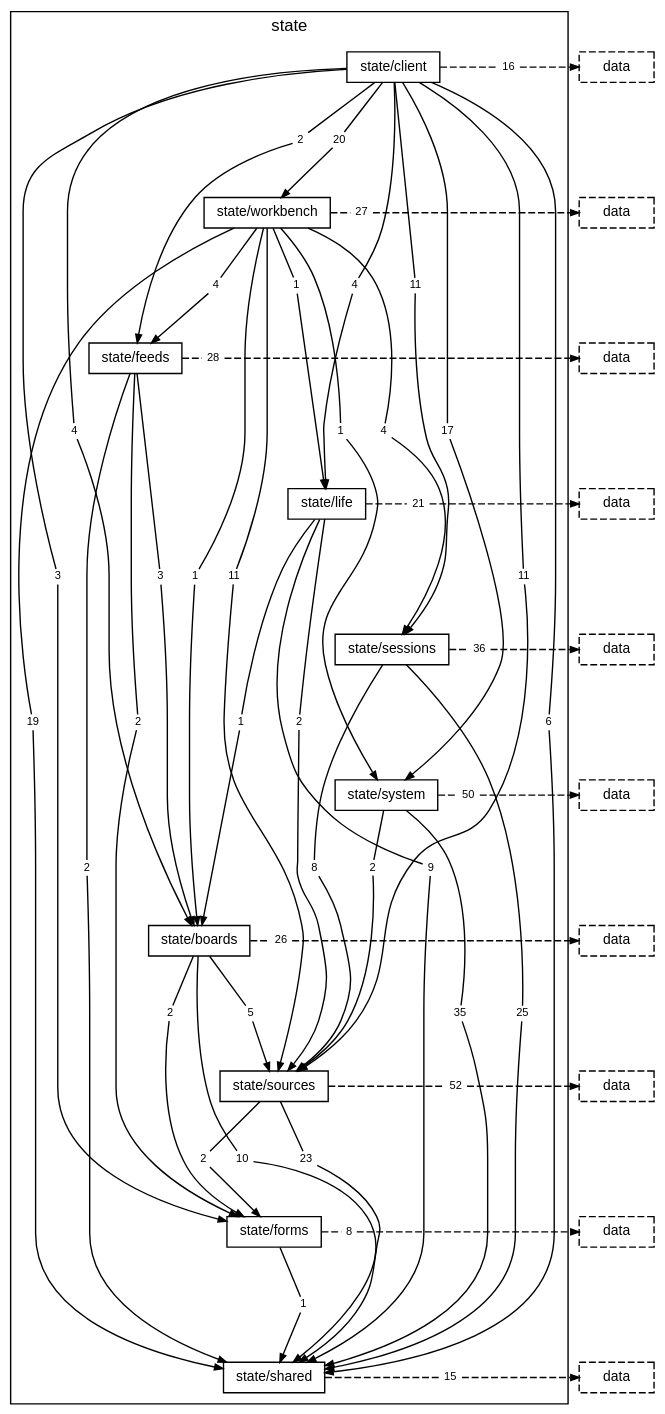
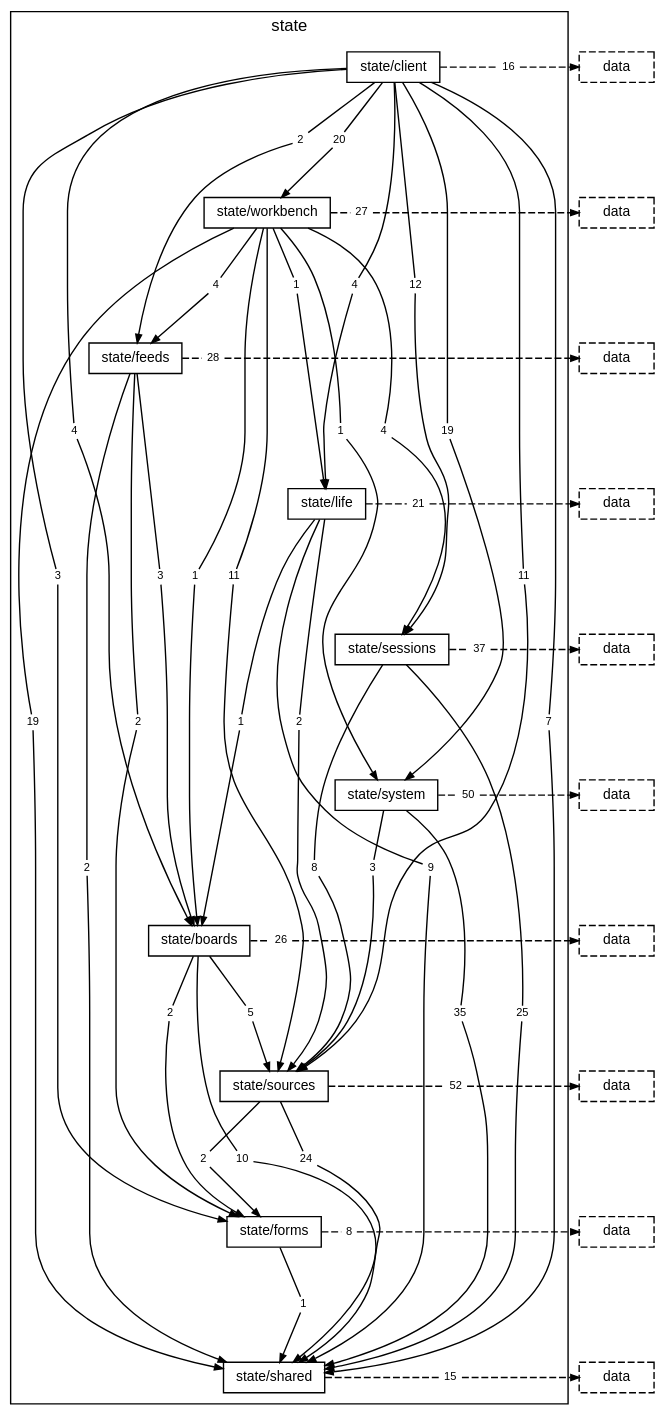
Before and after one commit to TheAxeC/oculus: the diagram in docs/diagrams/layer-state.dot, drawn with Graphviz. The commit also changed 118 other files, not shown here.

```diff
--- a/docs/diagrams/layer-state.dot
+++ b/docs/diagrams/layer-state.dot
@@ -18,10 +18,10 @@
         "folder state/client to folder state/feeds" [label="2", shape=box, color="transparent", fontsize=8, width=0, height=0, margin="0.04,0.02"];
         "folder state/client to folder state/forms" [label="3", shape=box, color="transparent", fontsize=8, width=0, height=0, margin="0.04,0.02"];
         "folder state/client to folder state/life" [label="4", shape=box, color="transparent", fontsize=8, width=0, height=0, margin="0.04,0.02"];
-        "folder state/client to folder state/sessions" [label="11", shape=box, color="transparent", fontsize=8, width=0, height=0, margin="0.04,0.02"];
-        "folder state/client to folder state/shared" [label="6", shape=box, color="transparent", fontsize=8, width=0, height=0, margin="0.04,0.02"];
+        "folder state/client to folder state/sessions" [label="12", shape=box, color="transparent", fontsize=8, width=0, height=0, margin="0.04,0.02"];
+        "folder state/client to folder state/shared" [label="7", shape=box, color="transparent", fontsize=8, width=0, height=0, margin="0.04,0.02"];
         "folder state/client to folder state/sources" [label="11", shape=box, color="transparent", fontsize=8, width=0, height=0, margin="0.04,0.02"];
-        "folder state/client to folder state/system" [label="17", shape=box, color="transparent", fontsize=8, width=0, height=0, margin="0.04,0.02"];
+        "folder state/client to folder state/system" [label="19", shape=box, color="transparent", fontsize=8, width=0, height=0, margin="0.04,0.02"];
         "folder state/client to folder state/workbench" [label="20", shape=box, color="transparent", fontsize=8, width=0, height=0, margin="0.04,0.02"];
         "folder state/client to layer data" [label="16", shape=box, color="transparent", fontsize=8, width=0, height=0, margin="0.04,0.02"];
         "folder state/workbench to folder state/boards" [label="1", shape=box, color="transparent", fontsize=8, width=0, height=0, margin="0.04,0.02"];
@@ -42,16 +42,16 @@
         "folder state/life to layer data" [label="21", shape=box, color="transparent", fontsize=8, width=0, height=0, margin="0.04,0.02"];
         "folder state/sessions to folder state/shared" [label="25", shape=box, color="transparent", fontsize=8, width=0, height=0, margin="0.04,0.02"];
         "folder state/sessions to folder state/sources" [label="8", shape=box, color="transparent", fontsize=8, width=0, height=0, margin="0.04,0.02"];
-        "folder state/sessions to layer data" [label="36", shape=box, color="transparent", fontsize=8, width=0, height=0, margin="0.04,0.02"];
+        "folder state/sessions to layer data" [label="37", shape=box, color="transparent", fontsize=8, width=0, height=0, margin="0.04,0.02"];
         "folder state/system to folder state/shared" [label="35", shape=box, color="transparent", fontsize=8, width=0, height=0, margin="0.04,0.02"];
-        "folder state/system to folder state/sources" [label="2", shape=box, color="transparent", fontsize=8, width=0, height=0, margin="0.04,0.02"];
+        "folder state/system to folder state/sources" [label="3", shape=box, color="transparent", fontsize=8, width=0, height=0, margin="0.04,0.02"];
         "folder state/system to layer data" [label="50", shape=box, color="transparent", fontsize=8, width=0, height=0, margin="0.04,0.02"];
         "folder state/boards to folder state/forms" [label="2", shape=box, color="transparent", fontsize=8, width=0, height=0, margin="0.04,0.02"];
         "folder state/boards to folder state/shared" [label="10", shape=box, color="transparent", fontsize=8, width=0, height=0, margin="0.04,0.02"];
         "folder state/boards to folder state/sources" [label="5", shape=box, color="transparent", fontsize=8, width=0, height=0, margin="0.04,0.02"];
         "folder state/boards to layer data" [label="26", shape=box, color="transparent", fontsize=8, width=0, height=0, margin="0.04,0.02"];
         "folder state/sources to folder state/forms" [label="2", shape=box, color="transparent", fontsize=8, width=0, height=0, margin="0.04,0.02"];
-        "folder state/sources to folder state/shared" [label="23", shape=box, color="transparent", fontsize=8, width=0, height=0, margin="0.04,0.02"];
+        "folder state/sources to folder state/shared" [label="24", shape=box, color="transparent", fontsize=8, width=0, height=0, margin="0.04,0.02"];
         "folder state/sources to layer data" [label="52", shape=box, color="transparent", fontsize=8, width=0, height=0, margin="0.04,0.02"];
         "folder state/forms to folder state/shared" [label="1", shape=box, color="transparent", fontsize=8, width=0, height=0, margin="0.04,0.02"];
         "folder state/forms to layer data" [label="8", shape=box, color="transparent", fontsize=8, width=0, height=0, margin="0.04,0.02"];
```
